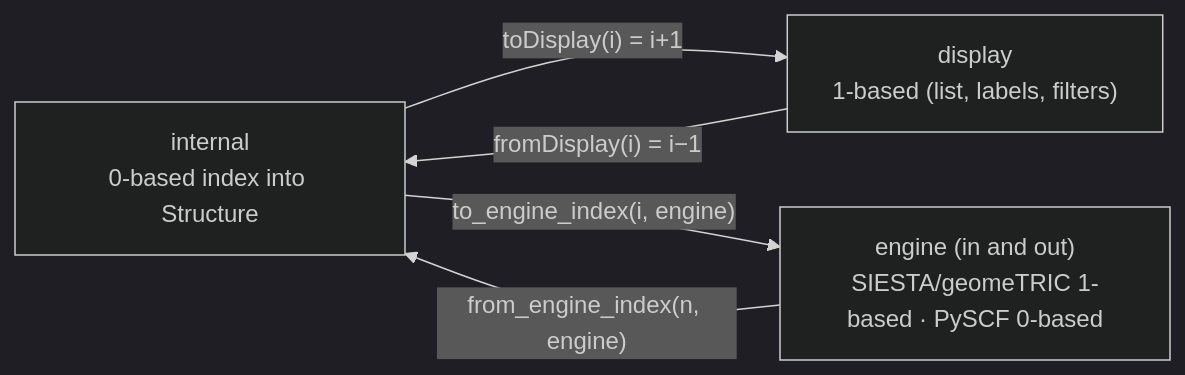
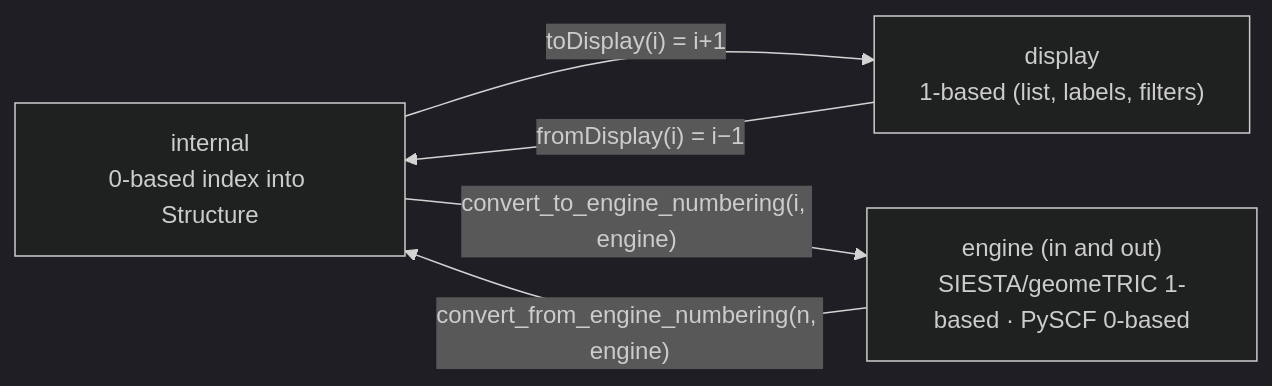
Before and after one commit to Qing-LAB/molbuilder: the second of 2 diagrams in docs/model/overview.md, drawn with Mermaid (dark theme). The commit also changed other lines of this file and 130 other files, not shown here.

````diff
--- a/docs/model/overview.md
+++ b/docs/model/overview.md
@@ -89,10 +106,10 @@
 ```mermaid
 flowchart LR
     INT["internal<br/>0-based index into Structure"]
     DISP["display<br/>1-based (list, labels, filters)"]
     ENG["engine (in and out)<br/>SIESTA/geomeTRIC 1-based · PySCF 0-based"]
     INT -- "toDisplay(i) = i+1" --> DISP
     DISP -- "fromDisplay(i) = i−1" --> INT
-    INT -- "to_engine_index(i, engine)" --> ENG
-    ENG -- "from_engine_index(n, engine)" --> INT
+    INT -- "convert_to_engine_numbering(i, engine)" --> ENG
+    ENG -- "convert_from_engine_numbering(n, engine)" --> INT
 ```
````
